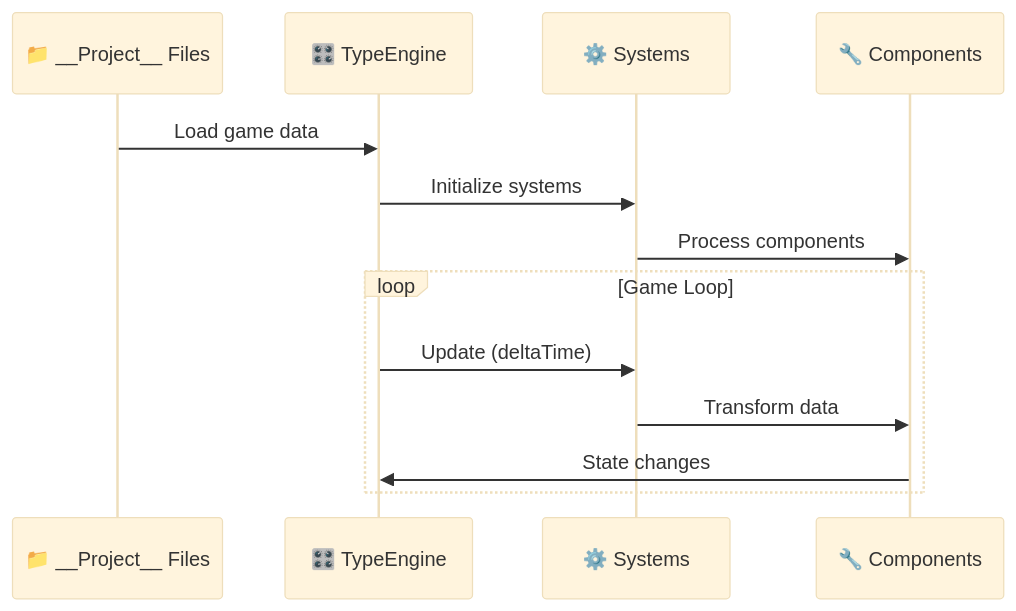
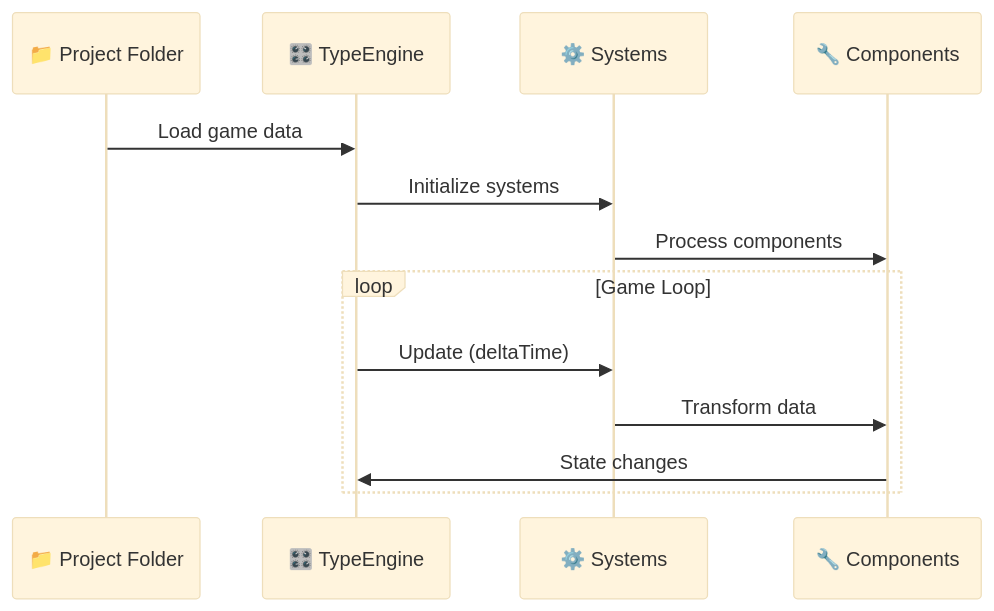
The second of 4 diagrams in docs/architecture.md (HenriqueArtur/TYPE), drawn with Mermaid (base theme) before and after one commit. The commit also changed other lines of this file and 9 other files, not shown here.

First line of the commit message:
📝 docs: refactor Architecture section with improved diagrams and sub-engine pages

````diff
--- a/docs/architecture.md
+++ b/docs/architecture.md
@@ -38,17 +38,17 @@
 ```mermaid
 sequenceDiagram
-    participant Project as 📁 __Project__ Files
+    participant Project as 📁 Project Folder
     participant TypeEngine as 🎛️ TypeEngine
     participant Systems as ⚙️ Systems
     participant Components as 🔧 Components
     
     Project->>TypeEngine: Load game data
     TypeEngine->>Systems: Initialize systems
     Systems->>Components: Process components
     
     loop Game Loop
         TypeEngine->>Systems: Update (deltaTime)
         Systems->>Components: Transform data
         Components->>TypeEngine: State changes
     end
 ```
````
